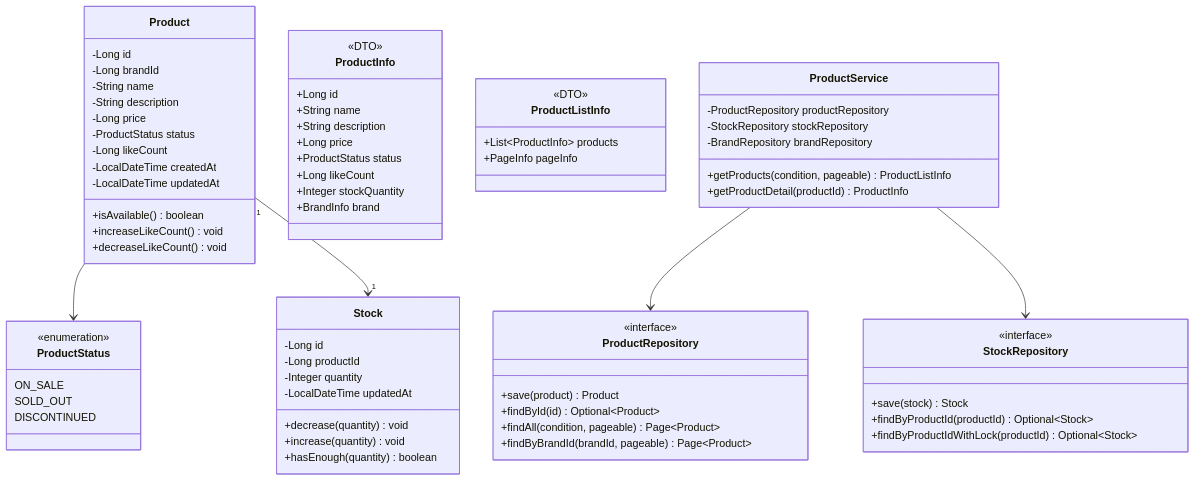
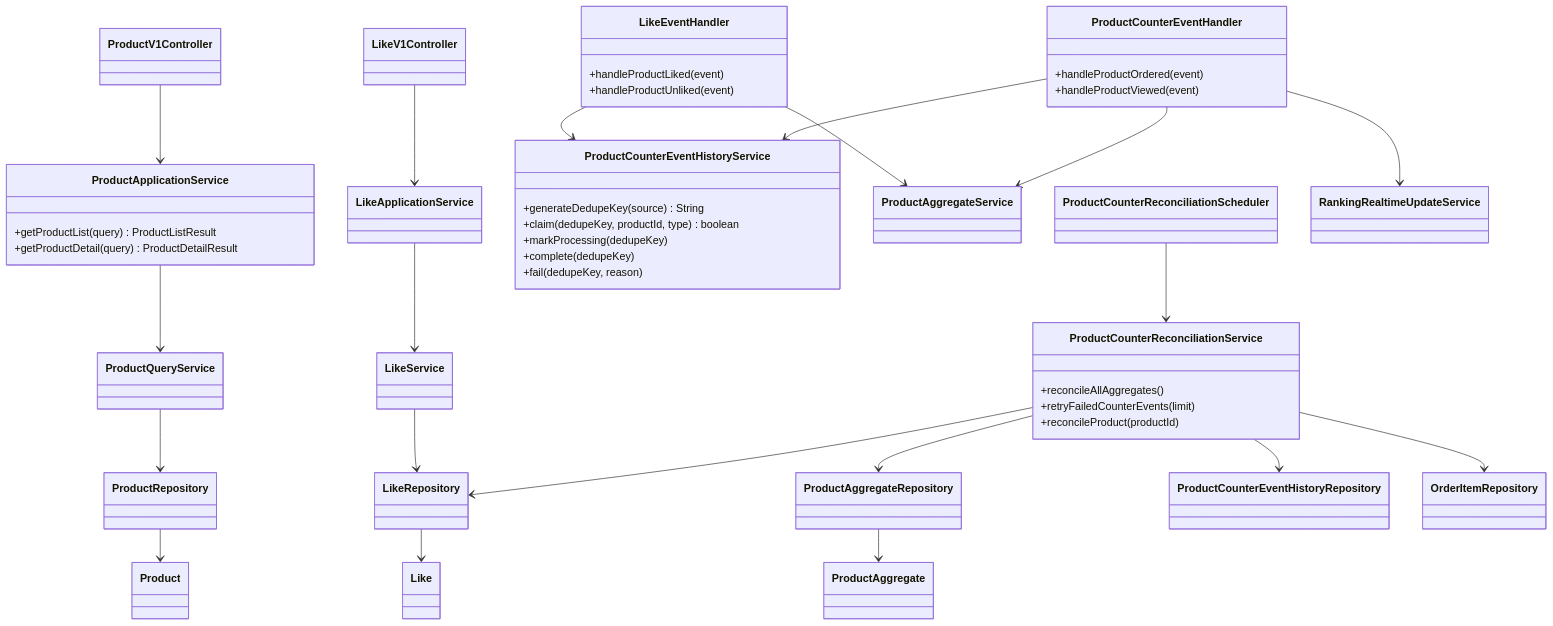
The third of 6 diagrams in docs/03-class-diagrams.md (yht0827/my-commerce), drawn with Mermaid before and after one commit. The commit also changed other lines of this file and 258 other files, not shown here.

````diff
--- a/docs/03-class-diagrams.md
+++ b/docs/03-class-diagrams.md
@@ -172,80 +78,66 @@
 ```mermaid
 classDiagram
-    class Product {
-        -Long id
-        -Long brandId
-        -String name
-        -String description
-        -Long price
-        -ProductStatus status
-        -Long likeCount
-        -LocalDateTime createdAt
-        -LocalDateTime updatedAt
-        +isAvailable() boolean
-        +increaseLikeCount() void
-        +decreaseLikeCount() void
+    direction TB
+
+    class ProductV1Controller
+    class ProductApplicationService {
+        +getProductList(query) ProductListResult
+        +getProductDetail(query) ProductDetailResult
     }
+    class ProductQueryService
+    class ProductRepository
+    class ProductAggregateRepository
+    class Product
+    class ProductAggregate
 
-    class ProductStatus {
-        <<enumeration>>
-        ON_SALE
-        SOLD_OUT
-        DISCONTINUED
+    ProductV1Controller --> ProductApplicationService
+    ProductApplicationService --> ProductQueryService
+    ProductQueryService --> ProductRepository
+    ProductRepository --> Product
+    ProductAggregateRepository --> ProductAggregate
+
+    class LikeV1Controller
+    class LikeApplicationService
+    class LikeService
+    class LikeRepository
+    class Like
+
+    LikeV1Controller --> LikeApplicationService
+    LikeApplicationService --> LikeService
+    LikeService --> LikeRepository
+    LikeRepository --> Like
+
+    class LikeEventHandler {
+        +handleProductLiked(event)
+        +handleProductUnliked(event)
     }
+    class ProductCounterEventHandler {
+        +handleProductOrdered(event)
+        +handleProductViewed(event)
+    }
+    class ProductCounterEventHistoryService {
+        +generateDedupeKey(source) String
+        +claim(dedupeKey, productId, type) boolean
+        +markProcessing(dedupeKey)
+        +complete(dedupeKey)
+        +fail(dedupeKey, reason)
+    }
+    class ProductAggregateService
+    class ProductCounterReconciliationService {
+        +reconcileAllAggregates()
+        +retryFailedCounterEvents(limit)
+        +reconcileProduct(productId)
+    }
+    class ProductCounterReconciliationScheduler
 
-    class Stock {
-        -Long id
-        -Long productId
-        -Integer quantity
-        -LocalDateTime updatedAt
-        +decrease(quantity) void
-        +increase(quantity) void
-        +hasEnough(quantity) boolean
-    }
-
-    class ProductInfo {
-        <<DTO>>
-        +Long id
-        +String name
-        +String description
-        +Long price
-        +ProductStatus status
-        +Long likeCount
-        +Integer stockQuantity
-        +BrandInfo brand
-    }
-
-    class ProductListInfo {
-        <<DTO>>
-        +List~ProductInfo~ products
-        +PageInfo pageInfo
-    }
-
-    class ProductRepository {
-        <<interface>>
-        +save(product) Product
-        +findById(id) Optional~Product~
-        +findAll(condition, pageable) Page~Product~
-        +findByBrandId(brandId, pageable) Page~Product~
-    }
-
-    class StockRepository {
-        <<interface>>
-        +save(stock) Stock
-        +findByProductId(productId) Optional~Stock~
-        +findByProductIdWithLock(productId) Optional~Stock~
-    }
-
-    class ProductService {
-        -ProductRepository productRepository
-        -StockRepository stockRepository
-        -BrandRepository brandRepository
-        +getProducts(condition, pageable) ProductListInfo
-        +getProductDetail(productId) ProductInfo
-    }
-
-    Product --> ProductStatus
-    Product "1" --> "1" Stock
-    ProductService --> ProductRepository
-    ProductService --> StockRepository
+    LikeEventHandler --> ProductCounterEventHistoryService
+    LikeEventHandler --> ProductAggregateService
+    ProductCounterEventHandler --> ProductCounterEventHistoryService
+    ProductCounterEventHandler --> ProductAggregateService
+    ProductCounterEventHandler --> RankingRealtimeUpdateService
+    ProductCounterReconciliationService --> ProductAggregateRepository
+    ProductCounterReconciliationService --> ProductCounterEventHistoryRepository
+    ProductCounterReconciliationService --> LikeRepository
+    ProductCounterReconciliationService --> OrderItemRepository
+    ProductCounterReconciliationScheduler --> ProductCounterReconciliationService
 ```
````
